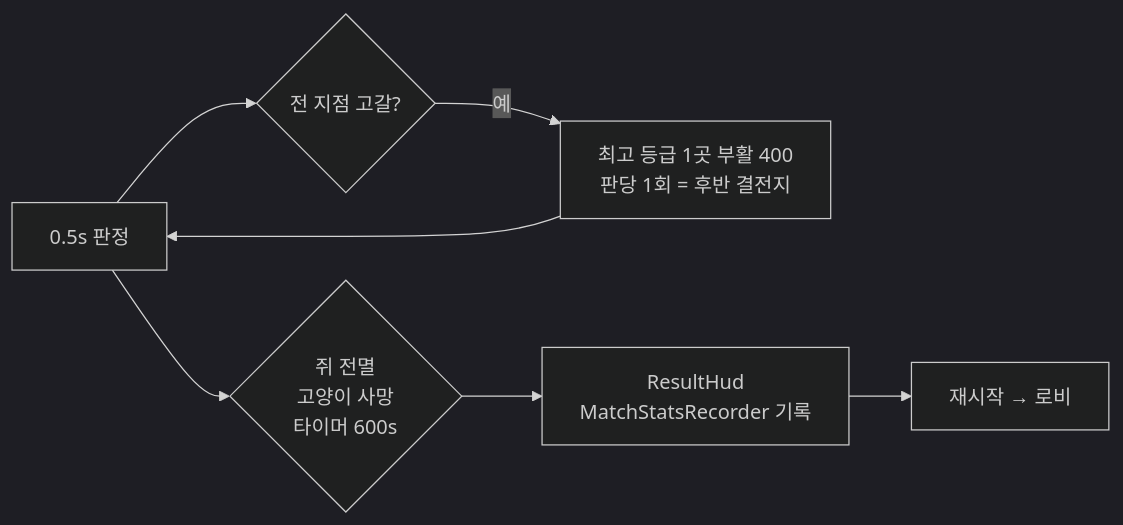
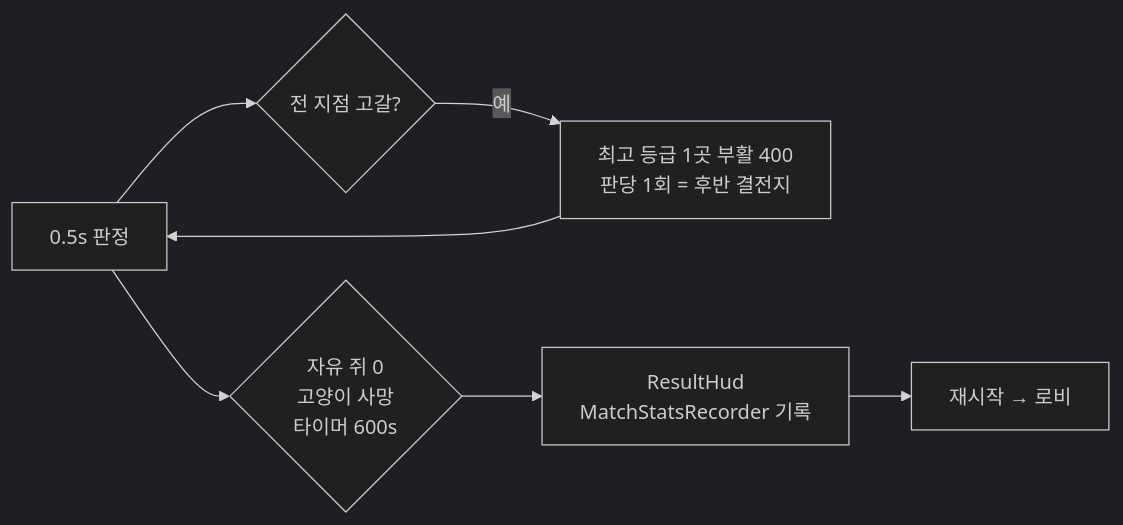
The fourth of 13 diagrams in CTC/docs/design-vault/코드 다이어그램.md (JeahanPark/The-Cheese-Thief-and-the-Cat), drawn with Mermaid (dark theme) before and after one commit. The commit also changed other lines of this file, not shown here.

First line of the commit message:
docs: 감옥 반영 — 코드 다이어그램 + 핸드오프 현행화

````diff
--- a/CTC/docs/design-vault/코드 다이어그램.md
+++ b/CTC/docs/design-vault/코드 다이어그램.md
@@ -62,9 +69,9 @@
 ```mermaid
 flowchart LR
     Loop[0.5s 판정] --> Dry{전 지점 고갈?}
     Dry -->|예| Revive[최고 등급 1곳 부활 400<br/>판당 1회 = 후반 결전지]
     Revive --> Loop
-    Loop --> End{쥐 전멸<br/>고양이 사망<br/>타이머 600s}
+    Loop --> End{자유 쥐 0<br/>고양이 사망<br/>타이머 600s}
     End --> Result[ResultHud<br/>MatchStatsRecorder 기록]
     Result --> Restart[재시작 → 로비]
 ```
````
